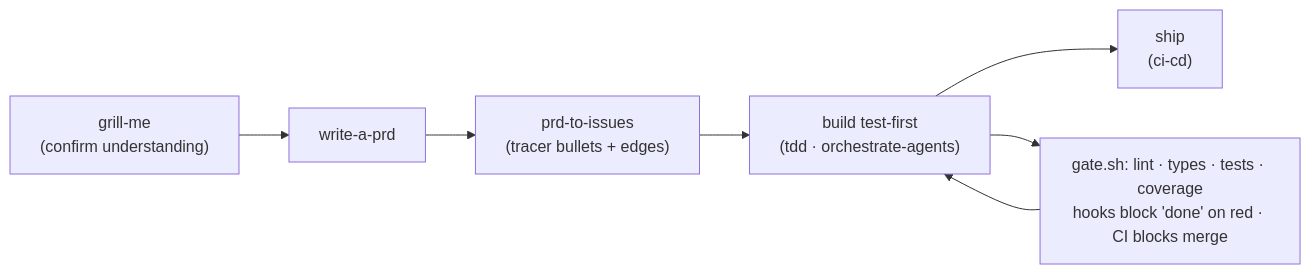
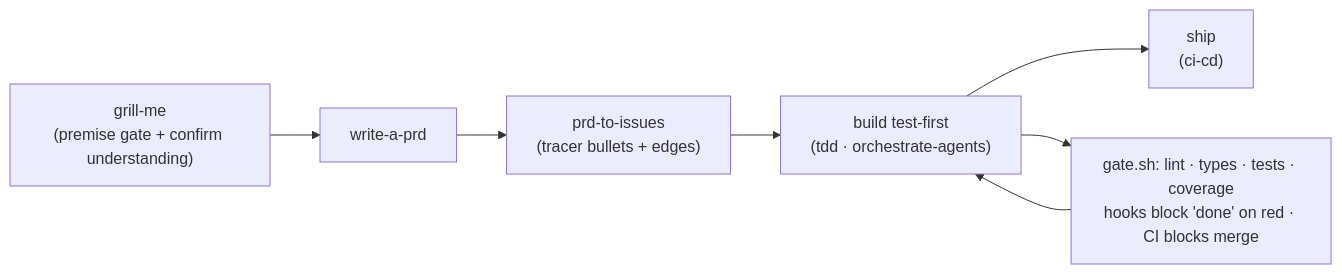
The first of 2 diagrams in README.md (KSriki/agent-harness-template), drawn with Mermaid before and after one commit. The commit also changed 9 other files, not shown here.

First line of the commit message:
feat(harness): premise gate — premise-reviewer agent + grill-me Round 0, kill criteria, human-override-by-design (63j)

````diff
--- a/README.md
+++ b/README.md
@@ -33,6 +33,6 @@
 ```mermaid
 flowchart LR
-    G["grill-me<br/>(confirm understanding)"] --> P["write-a-prd"] --> T["prd-to-issues<br/>(tracer bullets + edges)"] --> B["build test-first<br/>(tdd · orchestrate-agents)"] --> S["ship<br/>(ci-cd)"]
+    G["grill-me<br/>(premise gate + confirm understanding)"] --> P["write-a-prd"] --> T["prd-to-issues<br/>(tracer bullets + edges)"] --> B["build test-first<br/>(tdd · orchestrate-agents)"] --> S["ship<br/>(ci-cd)"]
     B --> GATE["gate.sh: lint · types · tests · coverage<br/>hooks block 'done' on red · CI blocks merge"]
     GATE --> B
 ```
````
